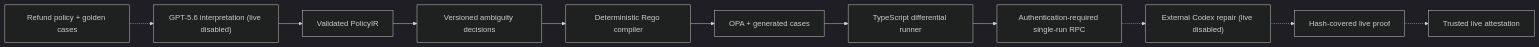
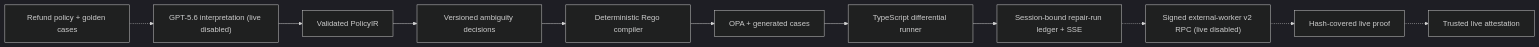
Before and after one commit to sel-chan/policytwin: the diagram in README.md, drawn with Mermaid (dark theme). The commit also changed other lines of this file and 36 other files, not shown here.

Commit message:
feat: add guarded repair run orchestration

````diff
--- a/README.md
+++ b/README.md
@@ -39,13 +40,13 @@
 ```mermaid
 flowchart LR
   A["Refund policy + golden cases"] -.-> B["GPT-5.6 interpretation (live disabled)"]
   B --> C["Validated PolicyIR"]
   C --> D["Versioned ambiguity decisions"]
   D --> E["Deterministic Rego compiler"]
   E --> F["OPA + generated cases"]
   F --> G["TypeScript differential runner"]
-  G --> H["Authentication-required single-run RPC"]
-  H -.-> I["External Codex repair (live disabled)"]
+  G --> H["Session-bound repair-run ledger + SSE"]
+  H -.-> I["Signed external-worker v2 RPC (live disabled)"]
   I -.-> J["Hash-covered live proof"]
   J -.-> K["Trusted live attestation"]
 ```
````
